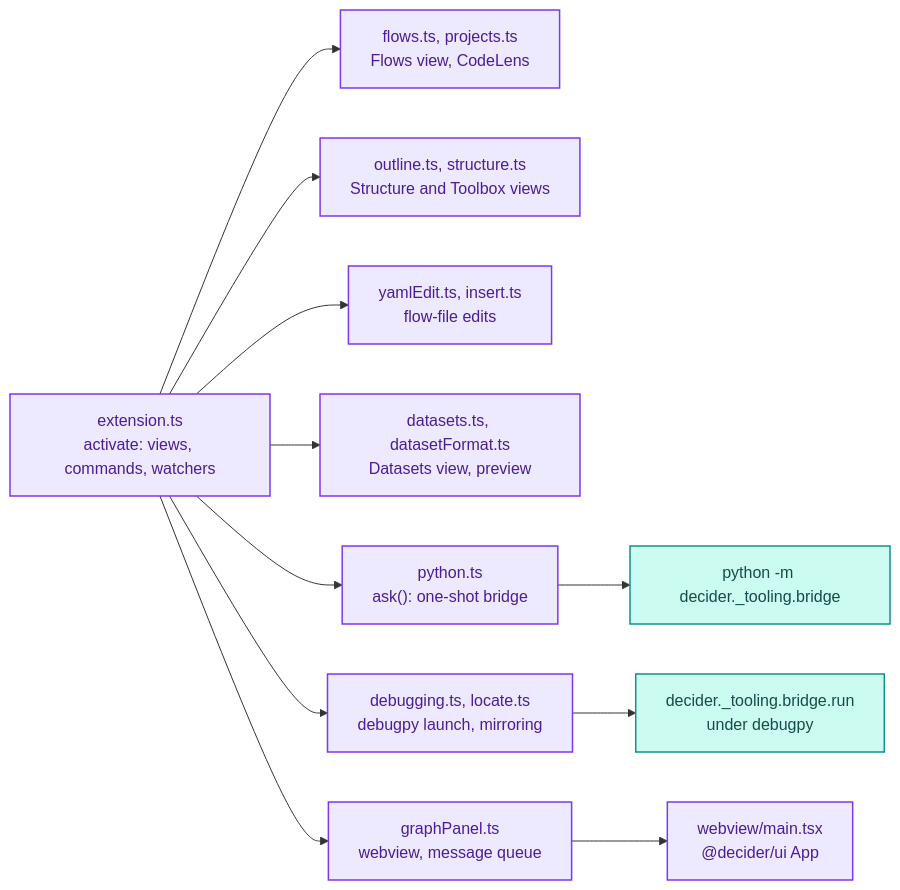
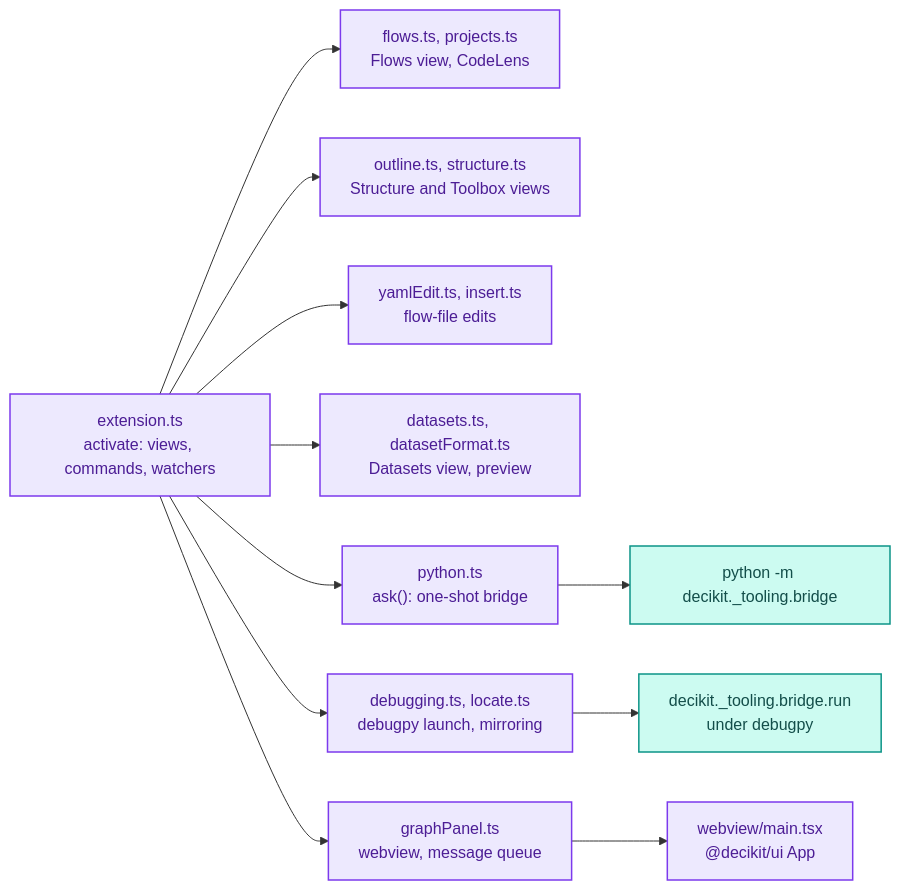
One commit to capitec/dsp-decision-engine changed the fourth of 4 diagrams in docs/architecture/editor-bridge.md. Above: the diagram before and after it, drawn with Mermaid. The commit also changed other lines of this file and 1292 other files, not shown here.

Commit message:
rename decider to decikit: package, CLI, DECIKIT_* settings, plugin, extension, docs prose says decider toolkit

````diff
--- a/docs/architecture/editor-bridge.md
+++ b/docs/architecture/editor-bridge.md
@@ -328,17 +328,17 @@
 ```mermaid
 flowchart LR
     EXT["extension.ts<br/>activate: views, commands, watchers"] --> FL["flows.ts, projects.ts<br/>Flows view, CodeLens"]
     EXT --> STR["outline.ts, structure.ts<br/>Structure and Toolbox views"]
     EXT --> YE["yamlEdit.ts, insert.ts<br/>flow-file edits"]
     EXT --> DSV["datasets.ts, datasetFormat.ts<br/>Datasets view, preview"]
     EXT --> PY["python.ts<br/>ask(): one-shot bridge"]
     EXT --> DBG["debugging.ts, locate.ts<br/>debugpy launch, mirroring"]
     EXT --> GP["graphPanel.ts<br/>webview, message queue"]
-    GP --> WV["webview/main.tsx<br/>@decider/ui App"]
-    PY --> BR["python -m decider._tooling.bridge"]
-    DBG --> RUN["decider._tooling.bridge.run<br/>under debugpy"]
+    GP --> WV["webview/main.tsx<br/>@decikit/ui App"]
+    PY --> BR["python -m decikit._tooling.bridge"]
+    DBG --> RUN["decikit._tooling.bridge.run<br/>under debugpy"]
     classDef tooling fill:#ede9fe,stroke:#7c3aed,color:#4c1d95,stroke-width:1.5px;
     classDef engine fill:#ccfbf1,stroke:#0d9488,color:#134e4a,stroke-width:1.5px;
     class EXT,FL,STR,YE,DSV,PY,DBG,GP,WV tooling
     class BR,RUN engine
 ```
````
